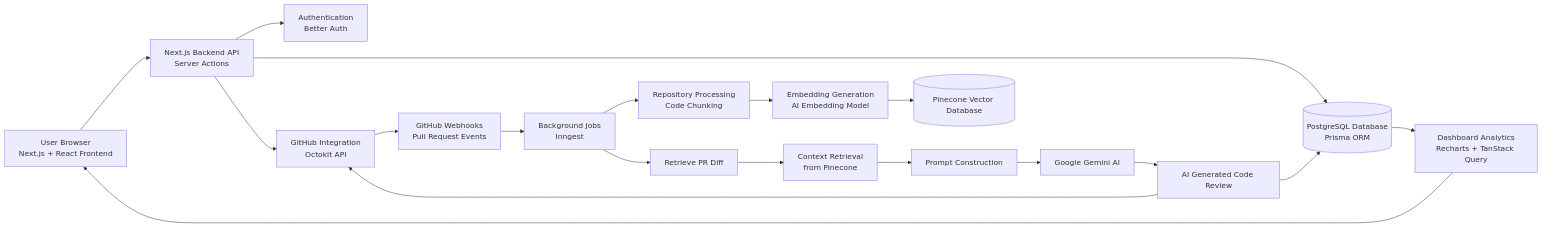
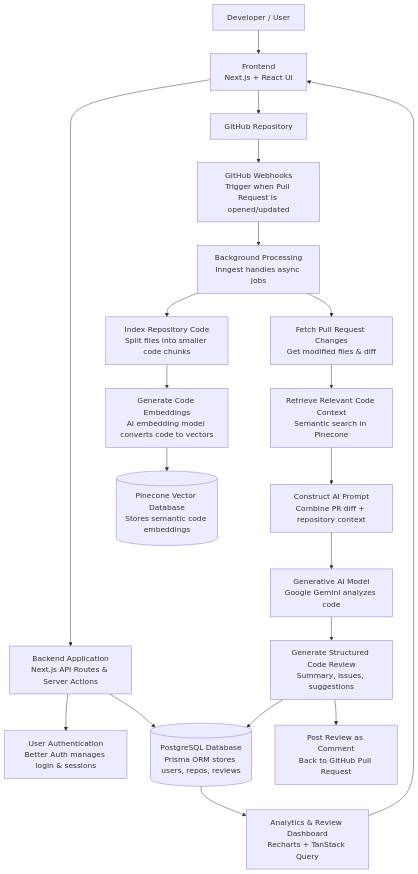
One commit to Anshjamwal99/RepoLens changed the diagram in README.md. Above: the diagram before and after it, drawn with Mermaid.

Commit message:
Update README: replace architecture flowchart with detailed version

````diff
--- a/README.md
+++ b/README.md
@@ -98,22 +98,41 @@
 ```mermaid
-flowchart LR
-A[User Browser\nNext.js + React Frontend]
-A --> B[Next.js Backend API\nServer Actions]
-B --> C[Authentication\nBetter Auth]
-B --> D[(PostgreSQL Database\nPrisma ORM)]
-B --> E[GitHub Integration\nOctokit API]
-E --> F[GitHub Webhooks\nPull Request Events]
-F --> G[Background Jobs\nInngest]
-G --> H[Repository Processing\nCode Chunking]
-H --> I[Embedding Generation\nAI Embedding Model]
-I --> J[(Pinecone Vector Database)]
-G --> K[Retrieve PR Diff]
-K --> L[Context Retrieval\nfrom Pinecone]
-L --> M[Prompt Construction]
-M --> N[Google Gemini AI]
-N --> O[AI Generated Code Review]
-O --> D
-O --> E
-D --> P[Dashboard Analytics\nRecharts + TanStack Query]
-P --> A
+flowchart TD
+
+U[Developer / User] --> F[Frontend\nNext.js + React UI]
+
+F --> B[Backend Application\nNext.js API Routes & Server Actions]
+
+B --> AUTH[User Authentication\nBetter Auth manages login & sessions]
+
+B --> DB[(PostgreSQL Database\nPrisma ORM stores users, repos, reviews)]
+
+F --> GITHUB[GitHub Repository]
+
+GITHUB --> WEBHOOK[GitHub Webhooks\nTrigger when Pull Request is opened/updated]
+
+WEBHOOK --> JOBS[Background Processing\nInngest handles async jobs]
+
+JOBS --> INDEX[Index Repository Code\nSplit files into smaller code chunks]
+
+INDEX --> EMBED[Generate Code Embeddings\nAI embedding model converts code to vectors]
+
+EMBED --> VECTORDB[(Pinecone Vector Database\nStores semantic code embeddings)]
+
+JOBS --> PRDIFF[Fetch Pull Request Changes\nGet modified files & diff]
+
+PRDIFF --> RETRIEVE[Retrieve Relevant Code Context\nSemantic search in Pinecone]
+
+RETRIEVE --> PROMPT[Construct AI Prompt\nCombine PR diff + repository context]
+
+PROMPT --> AI[Generative AI Model\nGoogle Gemini analyzes code]
+
+AI --> REVIEW[Generate Structured Code Review\nSummary, issues, suggestions]
+
+REVIEW --> DB
+
+REVIEW --> COMMENT[Post Review as Comment\nBack to GitHub Pull Request]
+
+DB --> DASHBOARD[Analytics & Review Dashboard\nRecharts + TanStack Query]
+
+DASHBOARD --> F 
 ```
````
